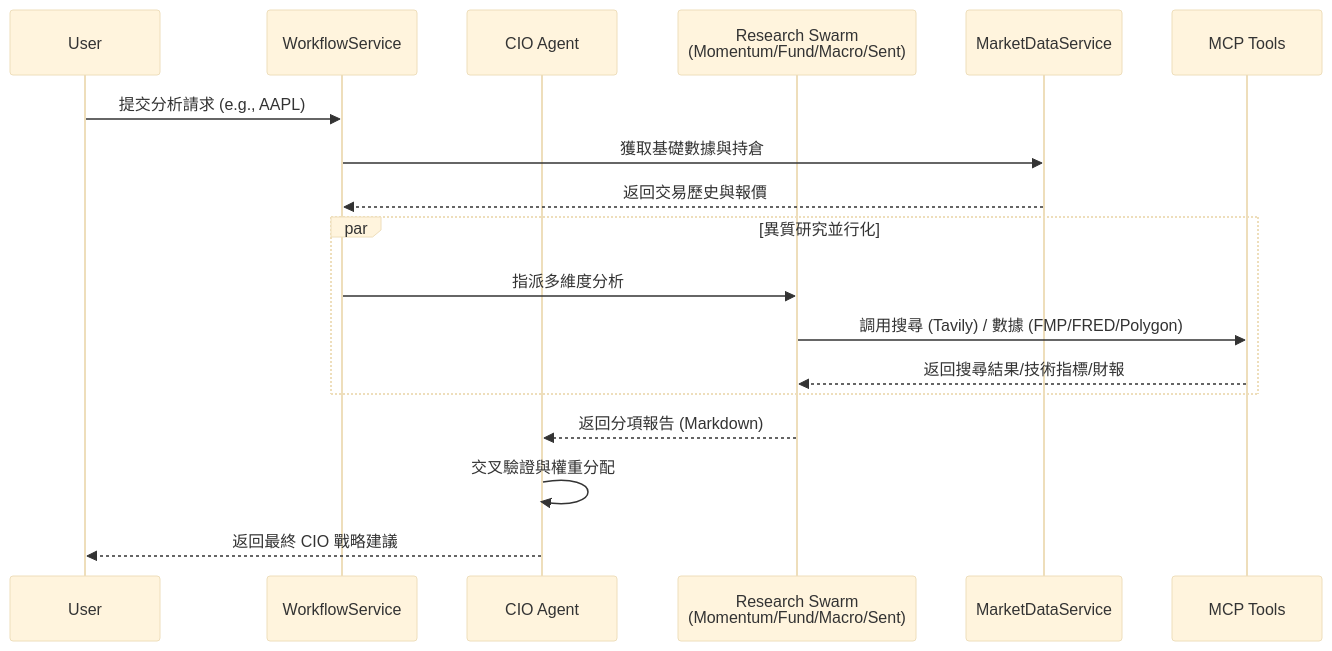
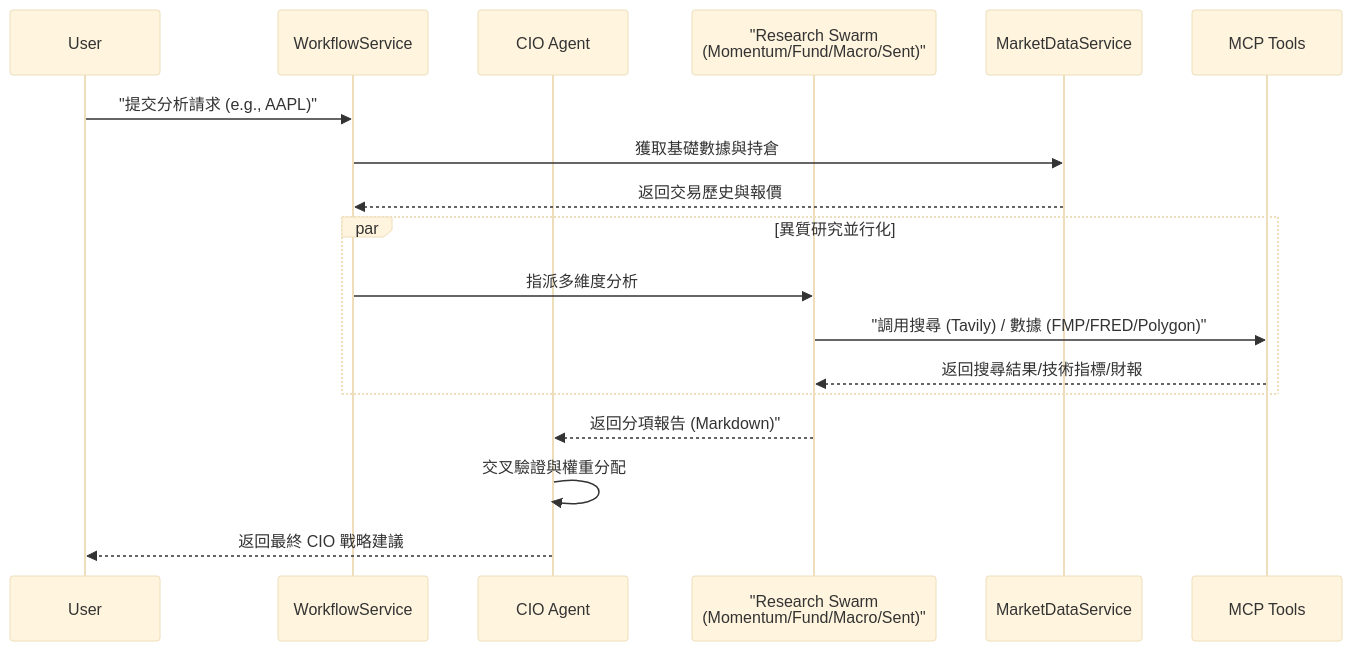
The diagram in wiki/02_產品經理-Product_Managers/01_規格書-Specs/核心系統規格-Core-System-Specs.md (neohsiung/AI-Investment-Advisor), drawn with Mermaid (base theme) before and after one commit. The commit also changed 15 other files, not shown here.

First line of the commit message:
docs(wiki): optimize structure, standardize flat-links, and fix mermaid syntax

````diff
--- a/wiki/02_產品經理-Product_Managers/01_規格書-Specs/核心系統規格-Core-System-Specs.md
+++ b/wiki/02_產品經理-Product_Managers/01_規格書-Specs/核心系統規格-Core-System-Specs.md
@@ -65,21 +65,21 @@
 ```mermaid
 sequenceDiagram
     participant User
     participant WF as WorkflowService
     participant CIO as CIO Agent
-    participant Agents as Research Swarm<br/>(Momentum/Fund/Macro/Sent)
+    participant Agents as "Research Swarm<br/>(Momentum/Fund/Macro/Sent)"
     participant MDS as MarketDataService
     participant MCP as MCP Tools
 
-    User->>WF: 提交分析請求 (e.g., AAPL)
+    User->>WF:"提交分析請求 (e.g., AAPL)"
     WF->>MDS: 獲取基礎數據與持倉
     MDS-->>WF: 返回交易歷史與報價
     par 異質研究並行化
         WF->>Agents: 指派多維度分析
-        Agents->>MCP: 調用搜尋 (Tavily) / 數據 (FMP/FRED/Polygon)
+        Agents->>MCP:"調用搜尋 (Tavily) / 數據 (FMP/FRED/Polygon)"
         MCP-->>Agents: 返回搜尋結果/技術指標/財報
     end
-    Agents-->>CIO: 返回分項報告 (Markdown)
+    Agents-->>CIO: 返回分項報告 (Markdown)"
     CIO->>CIO: 交叉驗證與權重分配
     CIO-->>User: 返回最終 CIO 戰略建議
 ```
````
